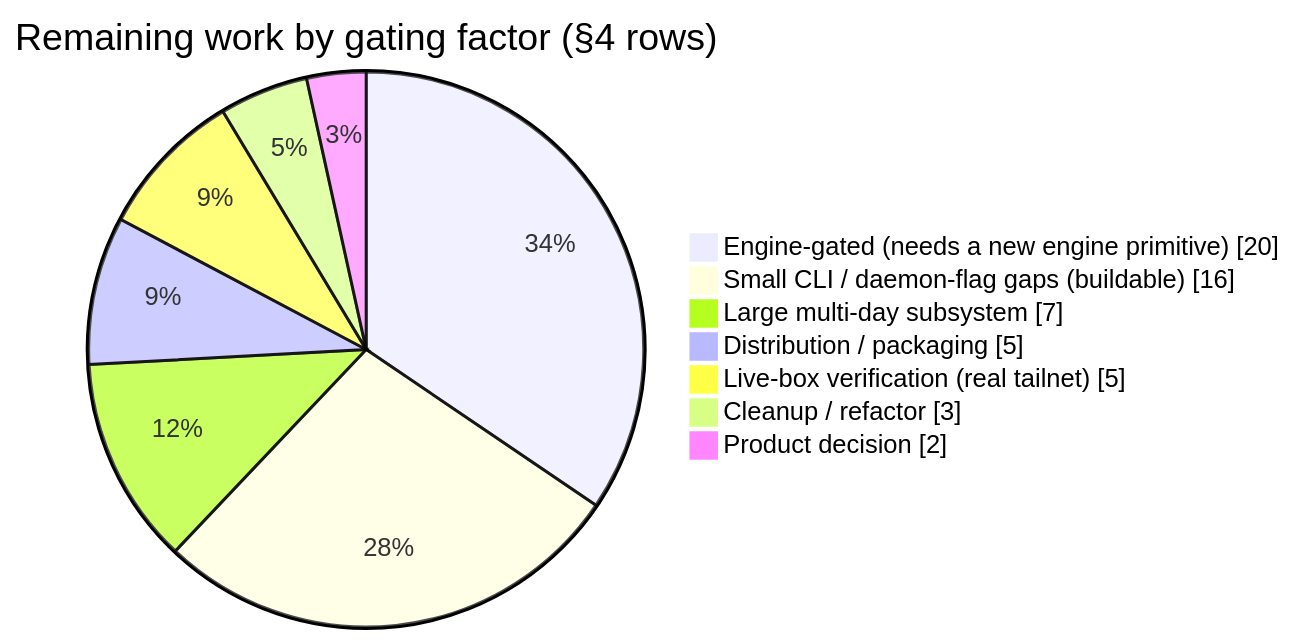
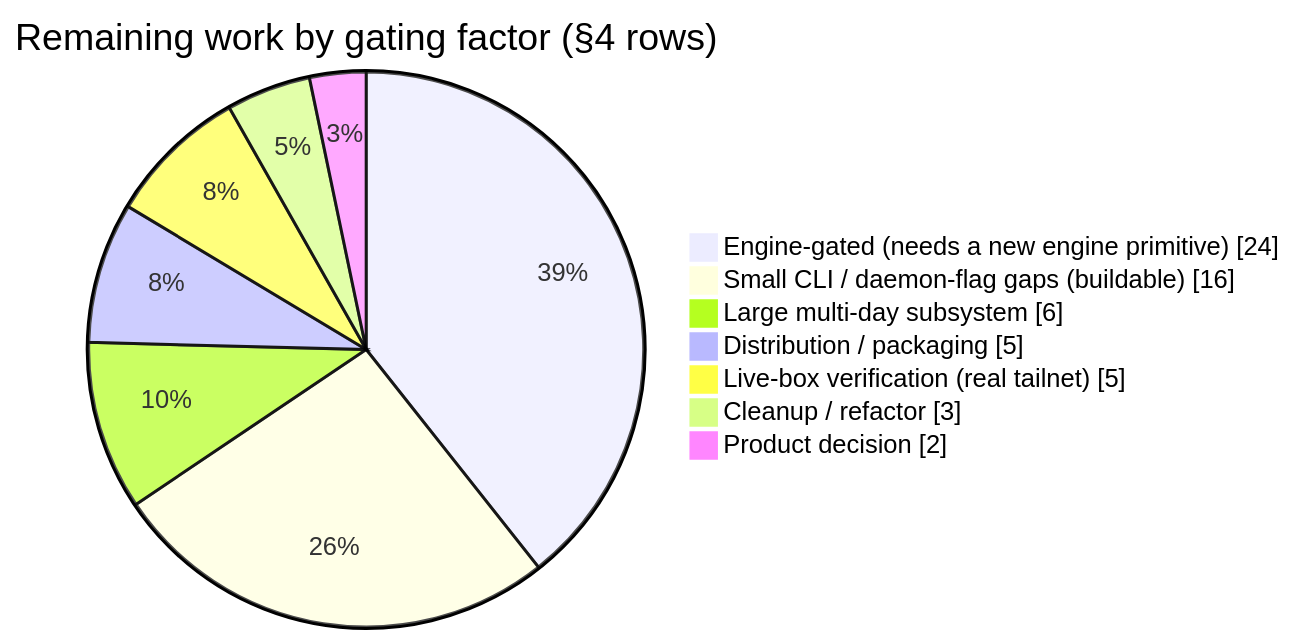
The first of 3 diagrams in docs/PARITY_GAP_ANALYSIS.md (GeiserX/tailscaled-rs), drawn with Mermaid before and after one commit. The commit also changed other lines of this file and 2 other files, not shown here.

````diff
--- a/docs/PARITY_GAP_ANALYSIS.md
+++ b/docs/PARITY_GAP_ANALYSIS.md
@@ -38,11 +46,11 @@
 ```mermaid
 pie showData
     title Remaining work by gating factor (§4 rows)
-    "Engine-gated (needs a new engine primitive)" : 20
+    "Engine-gated (needs a new engine primitive)" : 24
     "Small CLI / daemon-flag gaps (buildable)" : 16
-    "Large multi-day subsystem" : 7
+    "Large multi-day subsystem" : 6
     "Distribution / packaging" : 5
     "Live-box verification (real tailnet)" : 5
     "Cleanup / refactor" : 3
     "Product decision" : 2
 ```
````
